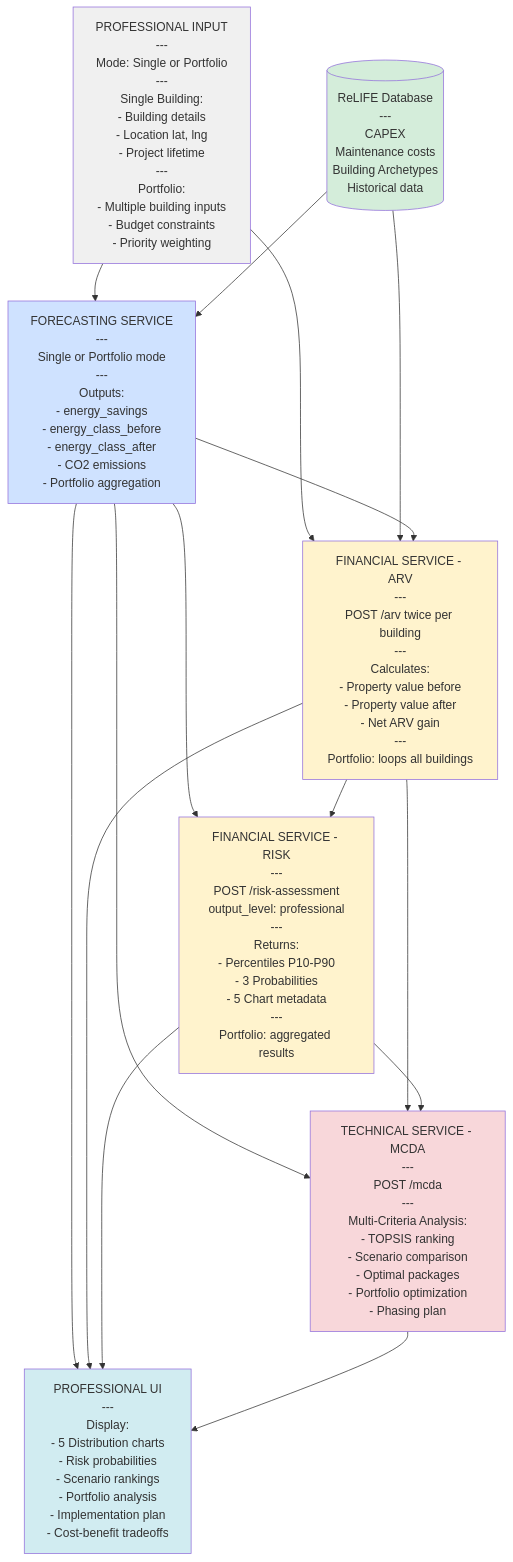
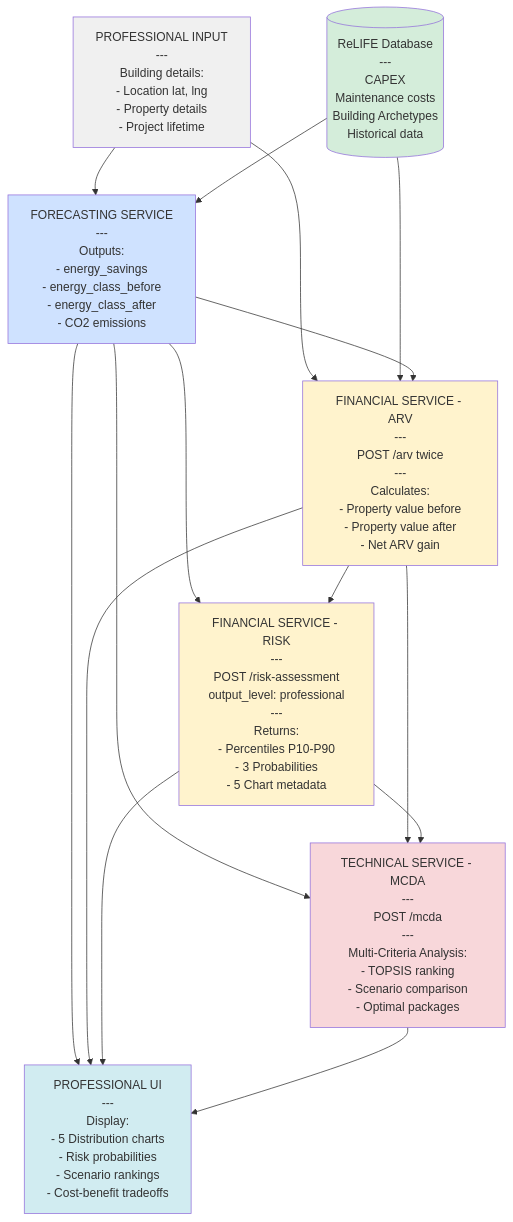
The second of 2 diagrams in flowcharts/ReLIFE_PRA_flowchart.md (ReLIFE-Project-EU/relife-financial-service), drawn with Mermaid before and after one commit. The commit also changed other lines of this file, not shown here.

Commit message:
update PRA flowchart

````diff
--- a/flowcharts/ReLIFE_PRA_flowchart.md
+++ b/flowcharts/ReLIFE_PRA_flowchart.md
@@ -295,43 +178,43 @@
 ```mermaid
 flowchart TD
-    ProfessionalInput[PROFESSIONAL INPUT<br/>---<br/>Mode: Single or Portfolio<br/>---<br/>Single Building:<br/>- Building details<br/>- Location lat, lng<br/>- Project lifetime<br/>---<br/>Portfolio:<br/>- Multiple building inputs<br/>- Budget constraints<br/>- Priority weighting]
+    ProfessionalInput[PROFESSIONAL INPUT<br/>---<br/>Building details:<br/>- Location lat, lng<br/>- Property details<br/>- Project lifetime]
     
     DB[(ReLIFE Database<br/>---<br/>CAPEX<br/>Maintenance costs<br/>Building Archetypes<br/>Historical data)]
     
-    Forecasting[FORECASTING SERVICE<br/>---<br/>Single or Portfolio mode<br/>---<br/>Outputs:<br/>- energy_savings<br/>- energy_class_before<br/>- energy_class_after<br/>- CO2 emissions<br/>- Portfolio aggregation]
+    Forecasting[FORECASTING SERVICE<br/>---<br/>Outputs:<br/>- energy_savings<br/>- energy_class_before<br/>- energy_class_after<br/>- CO2 emissions]
     
-    FinancialARV[FINANCIAL SERVICE - ARV<br/>---<br/>POST /arv twice per building<br/>---<br/>Calculates:<br/>- Property value before<br/>- Property value after<br/>- Net ARV gain<br/>---<br/>Portfolio: loops all buildings]
+    FinancialARV[FINANCIAL SERVICE - ARV<br/>---<br/>POST /arv twice<br/>---<br/>Calculates:<br/>- Property value before<br/>- Property value after<br/>- Net ARV gain]
     
-    FinancialRisk[FINANCIAL SERVICE - RISK<br/>---<br/>POST /risk-assessment<br/>output_level: professional<br/>---<br/>Returns:<br/>- Percentiles P10-P90<br/>- 3 Probabilities<br/>- 5 Chart metadata<br/>---<br/>Portfolio: aggregated results]
+    FinancialRisk[FINANCIAL SERVICE - RISK<br/>---<br/>POST /risk-assessment<br/>output_level: professional<br/>---<br/>Returns:<br/>- Percentiles P10-P90<br/>- 3 Probabilities<br/>- 5 Chart metadata]
     
-    TechnicalMCDA[TECHNICAL SERVICE - MCDA<br/>---<br/>POST /mcda<br/>---<br/>Multi-Criteria Analysis:<br/>- TOPSIS ranking<br/>- Scenario comparison<br/>- Optimal packages<br/>- Portfolio optimization<br/>- Phasing plan]
+    TechnicalMCDA[TECHNICAL SERVICE - MCDA<br/>---<br/>POST /mcda<br/>---<br/>Multi-Criteria Analysis:<br/>- TOPSIS ranking<br/>- Scenario comparison<br/>- Optimal packages]
     
-    ProfessionalUI[PROFESSIONAL UI<br/>---<br/>Display:<br/>- 5 Distribution charts<br/>- Risk probabilities<br/>- Scenario rankings<br/>- Portfolio analysis<br/>- Implementation plan<br/>- Cost-benefit tradeoffs]
+    ProfessionalUI[PROFESSIONAL UI<br/>---<br/>Display:<br/>- 5 Distribution charts<br/>- Risk probabilities<br/>- Scenario rankings<br/>- Cost-benefit tradeoffs]
     
     ProfessionalInput --> Forecasting
     DB --> Forecasting
     
     ProfessionalInput --> FinancialARV
     DB --> FinancialARV
     Forecasting --> FinancialARV
     
     Forecasting --> FinancialRisk
     FinancialARV --> FinancialRisk
     
     Forecasting --> TechnicalMCDA
     FinancialARV --> TechnicalMCDA
     FinancialRisk --> TechnicalMCDA
     
     Forecasting --> ProfessionalUI
     FinancialARV --> ProfessionalUI
     FinancialRisk --> ProfessionalUI
     TechnicalMCDA --> ProfessionalUI
     
     style ProfessionalInput fill:#f0f0f0
     style DB fill:#d4edda
     style Forecasting fill:#cfe2ff
     style FinancialARV fill:#fff3cd
     style FinancialRisk fill:#fff3cd
     style TechnicalMCDA fill:#f8d7da
     style ProfessionalUI fill:#d1ecf1
 ```
````
